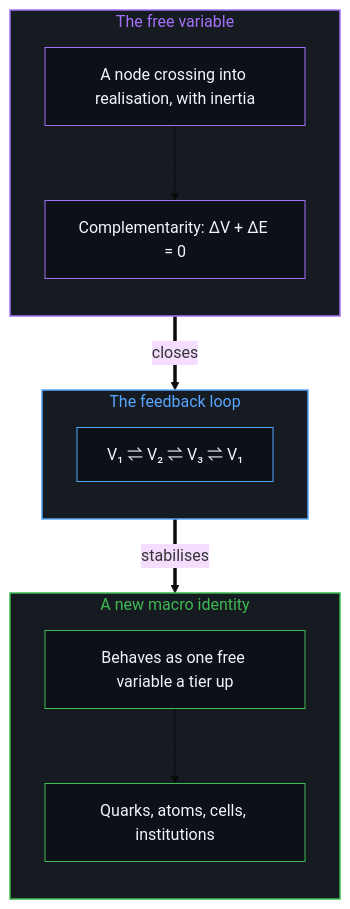
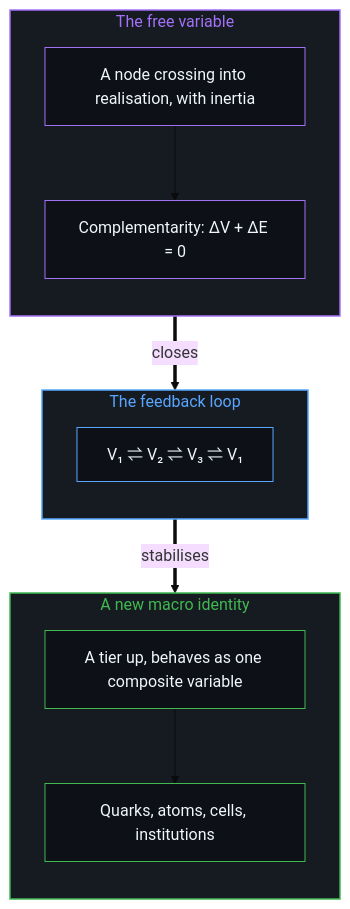
The second of 2 diagrams in content/posts/the-generative-topology-of-free-variables.md (powerpig99/not-a-toe), drawn with Mermaid (base theme) before and after one commit. The commit also changed other lines of this file and 5 other files, not shown here.

````diff
--- a/content/posts/the-generative-topology-of-free-variables.md
+++ b/content/posts/the-generative-topology-of-free-variables.md
@@ -79,29 +79,29 @@
 ```mermaid
 flowchart TD
     subgraph S_Var["The free variable"]
         direction TB
         V1["A node crossing into realisation, with inertia"]
         V2["Complementarity: ΔV + ΔE = 0"]
     end
     subgraph S_Loop["The feedback loop"]
         direction TB
         L1["V₁ ⇌ V₂ ⇌ V₃ ⇌ V₁"]
     end
     subgraph S_Macro["A new macro identity"]
         direction TB
-        M1["Behaves as one free variable a tier up"]
+        M1["A tier up, behaves as one composite variable"]
         M2["Quarks, atoms, cells, institutions"]
     end
     V1 --> V2
     V2 ==>|"closes"| L1
     L1 ==>|"stabilises"| M1
     M1 --> M2
     style S_Var fill:#161b22,stroke:#a371f7,stroke-width:1.5px,color:#a371f7
     style S_Loop fill:#161b22,stroke:#58a6ff,stroke-width:1.5px,color:#58a6ff
     style S_Macro fill:#161b22,stroke:#3fb950,stroke-width:1.5px,color:#3fb950
     style V1 fill:#0d1117,stroke:#a371f7,stroke-width:1px,color:#f0f6fc
     style V2 fill:#0d1117,stroke:#a371f7,stroke-width:1px,color:#f0f6fc
     style L1 fill:#0d1117,stroke:#58a6ff,stroke-width:1px,color:#f0f6fc
     style M1 fill:#0d1117,stroke:#3fb950,stroke-width:1px,color:#f0f6fc
     style M2 fill:#0d1117,stroke:#3fb950,stroke-width:1px,color:#f0f6fc
 ```
````
